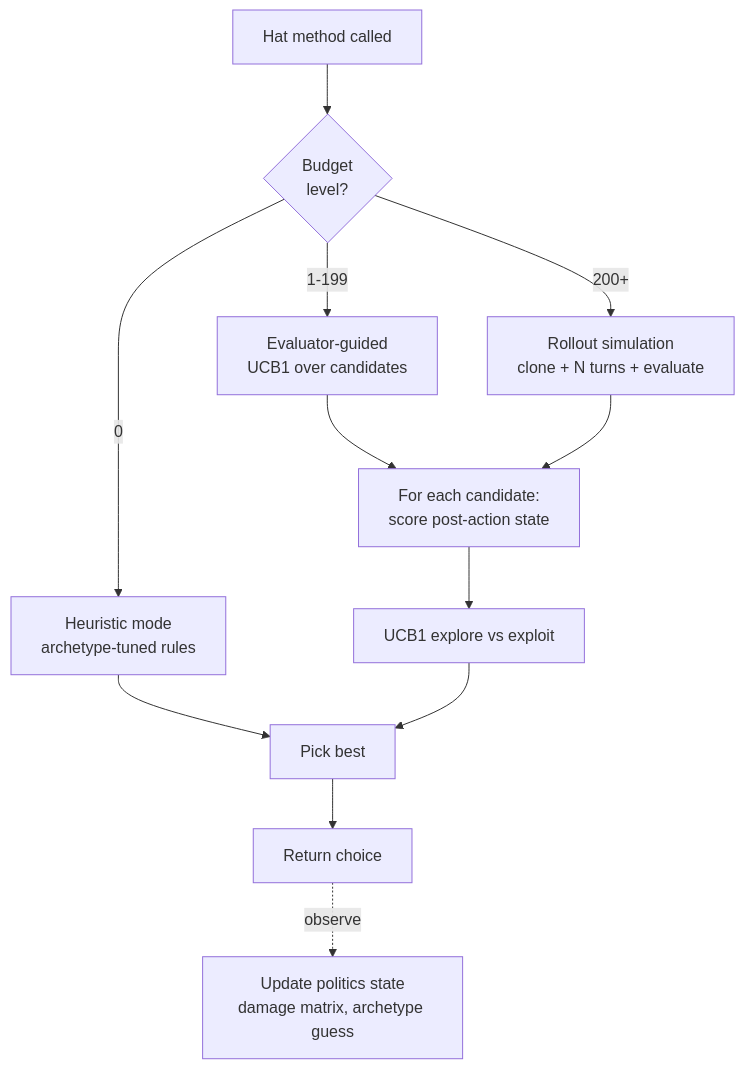
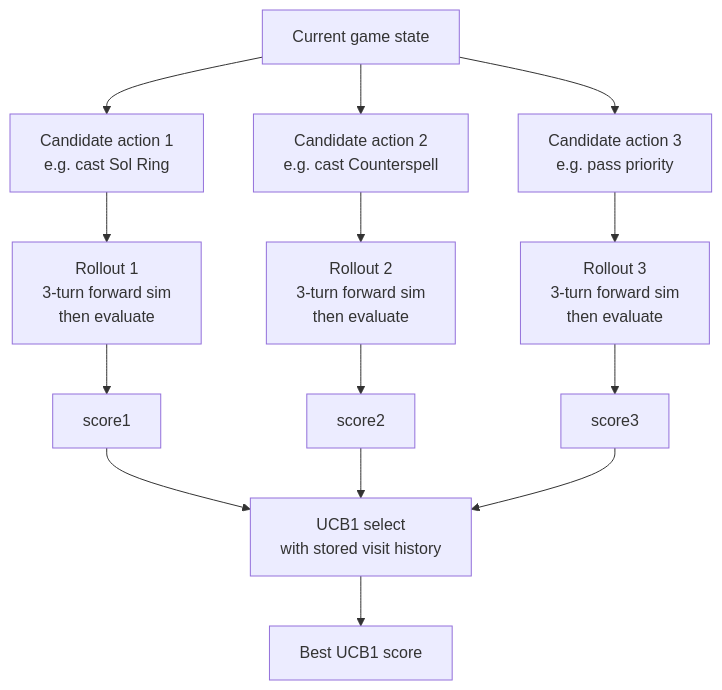
One commit to HexDek/HexDek changed the second of 3 diagrams in docs/MCTS and Yggdrasil.md. Above: the diagram before and after it, drawn with Mermaid. The commit also changed other lines of this file and 17 other files, not shown here.

````diff
--- a/docs/MCTS and Yggdrasil.md
+++ b/docs/MCTS and Yggdrasil.md
@@ -11,14 +86,17 @@
 ```mermaid
 flowchart TD
-    Decision[Hat method called] --> Budget{Budget<br/>level?}
-    Budget -- 0 --> Heuristic[Heuristic mode<br/>archetype-tuned rules]
-    Budget -- 1-199 --> Eval[Evaluator-guided<br/>UCB1 over candidates]
-    Budget -- 200+ --> Rollout[Rollout simulation<br/>clone + N turns + evaluate]
-    Eval --> Score[For each candidate:<br/>score post-action state]
-    Rollout --> Score
-    Heuristic --> Pick[Pick best]
-    Score --> UCB[UCB1 explore vs exploit]
-    UCB --> Pick
-    Pick --> Apply[Return choice]
-    Apply -.observe.-> Politics[Update politics state<br/>damage matrix, archetype guess]
+    Root[Current game state]
+    Root --> C1[Candidate action 1<br/>e.g. cast Sol Ring]
+    Root --> C2[Candidate action 2<br/>e.g. cast Counterspell]
+    Root --> C3[Candidate action 3<br/>e.g. pass priority]
+    C1 --> R1[Rollout 1<br/>3-turn forward sim<br/>then evaluate]
+    C2 --> R2[Rollout 2<br/>3-turn forward sim<br/>then evaluate]
+    C3 --> R3[Rollout 3<br/>3-turn forward sim<br/>then evaluate]
+    R1 --> S1[score1]
+    R2 --> S2[score2]
+    R3 --> S3[score3]
+    S1 --> UCB[UCB1 select<br/>with stored visit history]
+    S2 --> UCB
+    S3 --> UCB
+    UCB --> Pick[Best UCB1 score]
 ```
````
